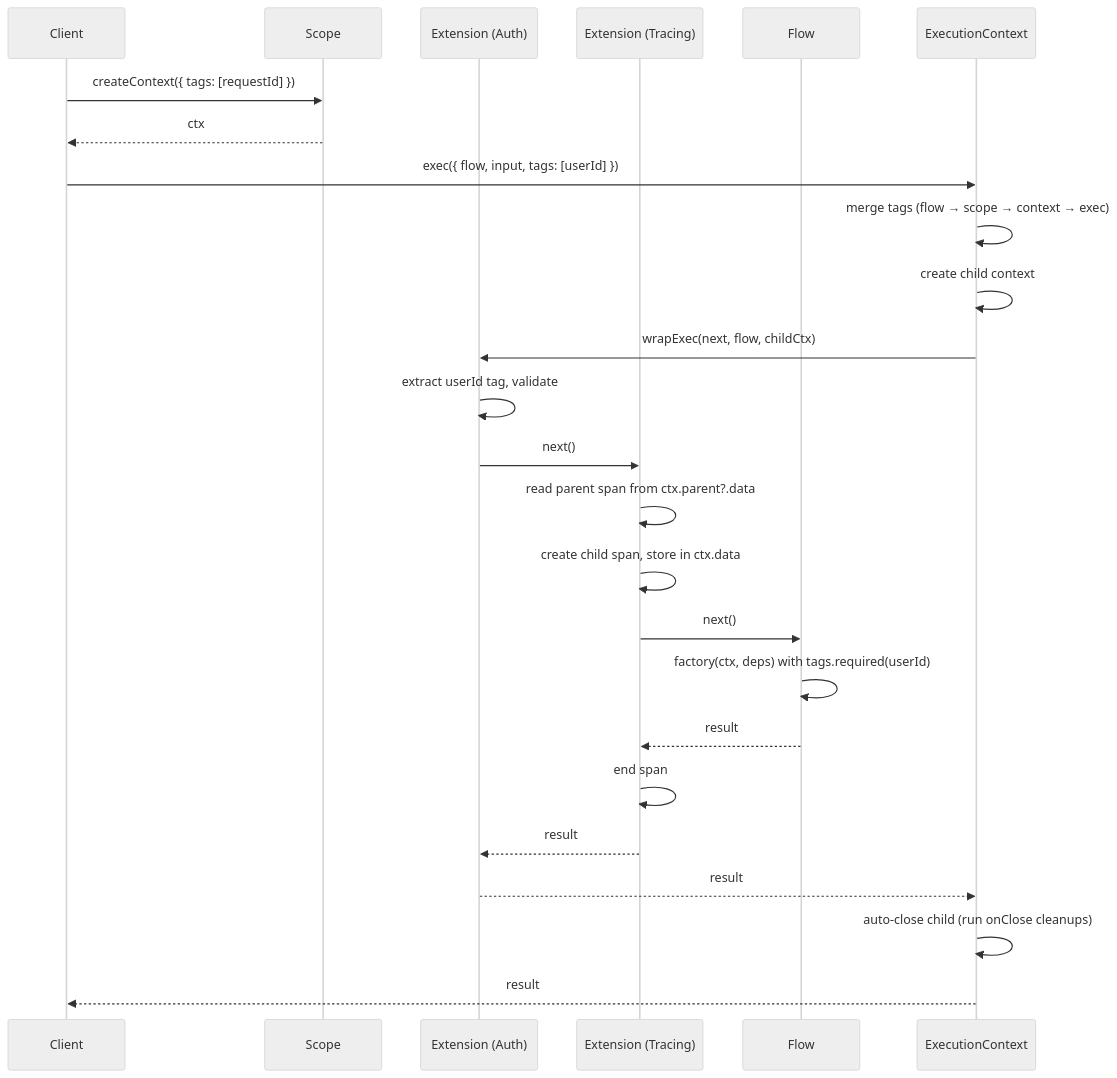
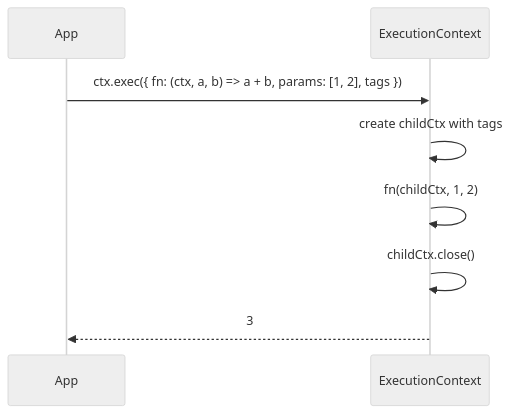
Before and after one commit to pumped-fn/pumped-fn: the tenth of 11 diagrams in packages/lite/PATTERNS.md, drawn with Mermaid (neutral theme). The commit also changed other lines of this file and 4 other files, not shown here.

First line of the commit message:
docs(lite): replace text glossary with mermaid diagrams

````diff
--- a/packages/lite/PATTERNS.md
+++ b/packages/lite/PATTERNS.md
@@ -183,30 +226,11 @@
 ```mermaid
 sequenceDiagram
-    participant Client
-    participant Scope
-    participant Extension1 as Extension (Auth)
-    participant Extension2 as Extension (Tracing)
-    participant Flow
-    participant Context as ExecutionContext
+    participant App
+    participant Ctx as ExecutionContext
 
-    Client->>Scope: createContext({ tags: [requestId] })
-    Scope-->>Client: ctx
-    Client->>Context: exec({ flow, input, tags: [userId] })
-
-    Context->>Context: merge tags (flow → scope → context → exec)
-    Context->>Context: create child context
-
-    Context->>Extension1: wrapExec(next, flow, childCtx)
-    Extension1->>Extension1: extract userId tag, validate
-    Extension1->>Extension2: next()
-    Extension2->>Extension2: read parent span from ctx.parent?.data
-    Extension2->>Extension2: create child span, store in ctx.data
-    Extension2->>Flow: next()
-    Flow->>Flow: factory(ctx, deps) with tags.required(userId)
-    Flow-->>Extension2: result
-    Extension2->>Extension2: end span
-    Extension2-->>Extension1: result
-    Extension1-->>Context: result
-    Context->>Context: auto-close child (run onClose cleanups)
-    Context-->>Client: result
+    App->>Ctx: ctx.exec({ fn: (ctx, a, b) => a + b, params: [1, 2], tags })
+    Ctx->>Ctx: create childCtx with tags
+    Ctx->>Ctx: fn(childCtx, 1, 2)
+    Ctx->>Ctx: childCtx.close()
+    Ctx-->>App: 3
 ```
````
